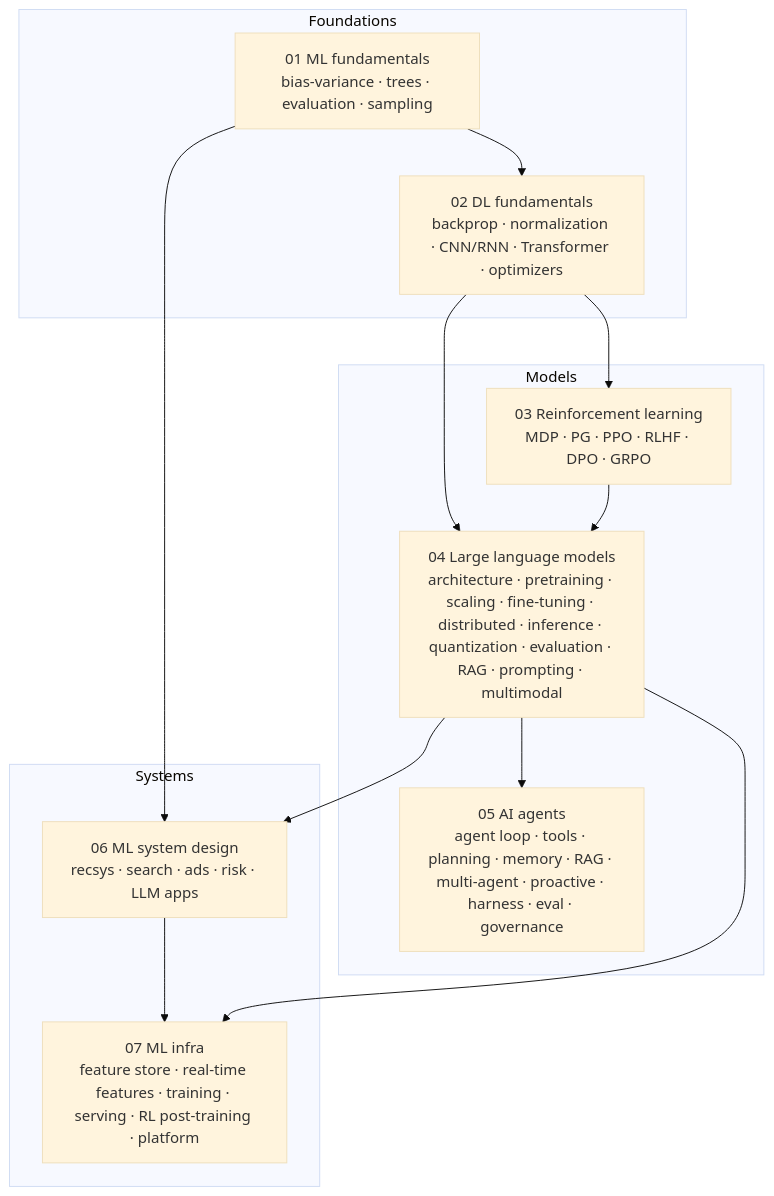
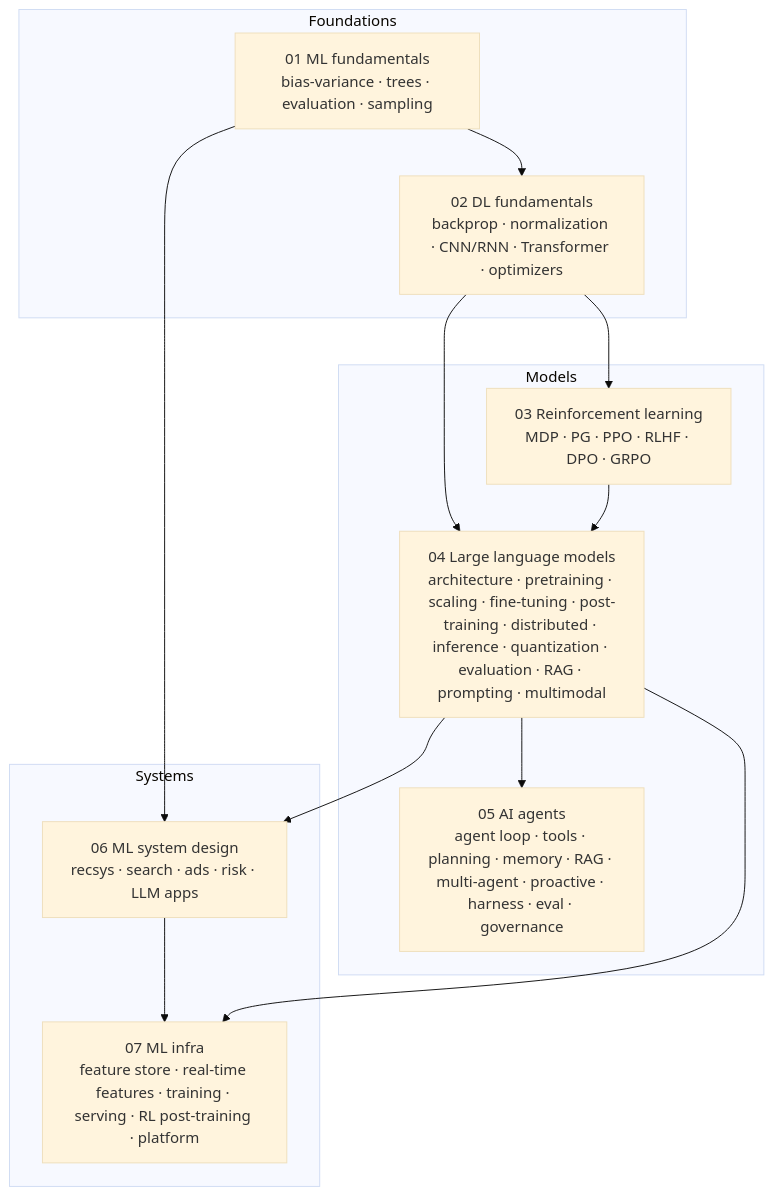
The diagram in docs/00-roadmap/03-knowledge-map.md (chua5683/MLE_Learnings), drawn with Mermaid (base theme) before and after one commit. The commit also changed other lines of this file and 54 other files, not shown here.

Commit message:
Fix GitBook KaTeX display errors and add LLM post-training pipeline chapter

````diff
--- a/docs/00-roadmap/03-knowledge-map.md
+++ b/docs/00-roadmap/03-knowledge-map.md
@@ -9,28 +9,28 @@
 ```mermaid
 flowchart TB
     subgraph F["Foundations"]
         ML["01 ML fundamentals<br/>bias-variance · trees · evaluation · sampling"]
         DL["02 DL fundamentals<br/>backprop · normalization · CNN/RNN · Transformer · optimizers"]
     end
 
     subgraph M["Models"]
         RL["03 Reinforcement learning<br/>MDP · PG · PPO · RLHF · DPO · GRPO"]
-        LLM["04 Large language models<br/>architecture · pretraining · scaling · fine-tuning · distributed · inference · quantization · evaluation · RAG · prompting · multimodal"]
+        LLM["04 Large language models<br/>architecture · pretraining · scaling · fine-tuning · post-training · distributed · inference · quantization · evaluation · RAG · prompting · multimodal"]
         AG["05 AI agents<br/>agent loop · tools · planning · memory · RAG · multi-agent · proactive · harness · eval · governance"]
     end
 
     subgraph S["Systems"]
         SD["06 ML system design<br/>recsys · search · ads · risk · LLM apps"]
         INF["07 ML infra<br/>feature store · real-time features · training · serving · RL post-training · platform"]
     end
 
     ML --> DL
     DL --> LLM
     DL --> RL
     RL --> LLM
     LLM --> AG
     LLM --> SD
     ML --> SD
     SD --> INF
     LLM --> INF
 ```
````
